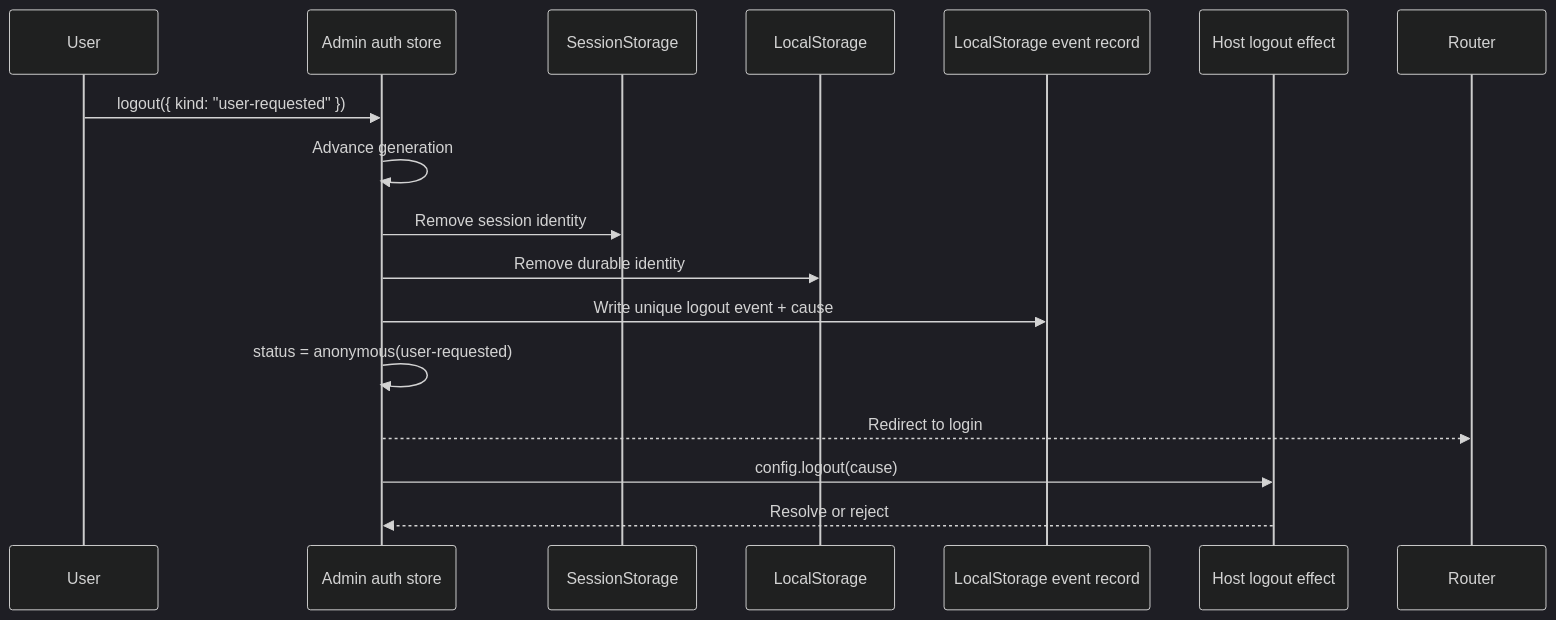
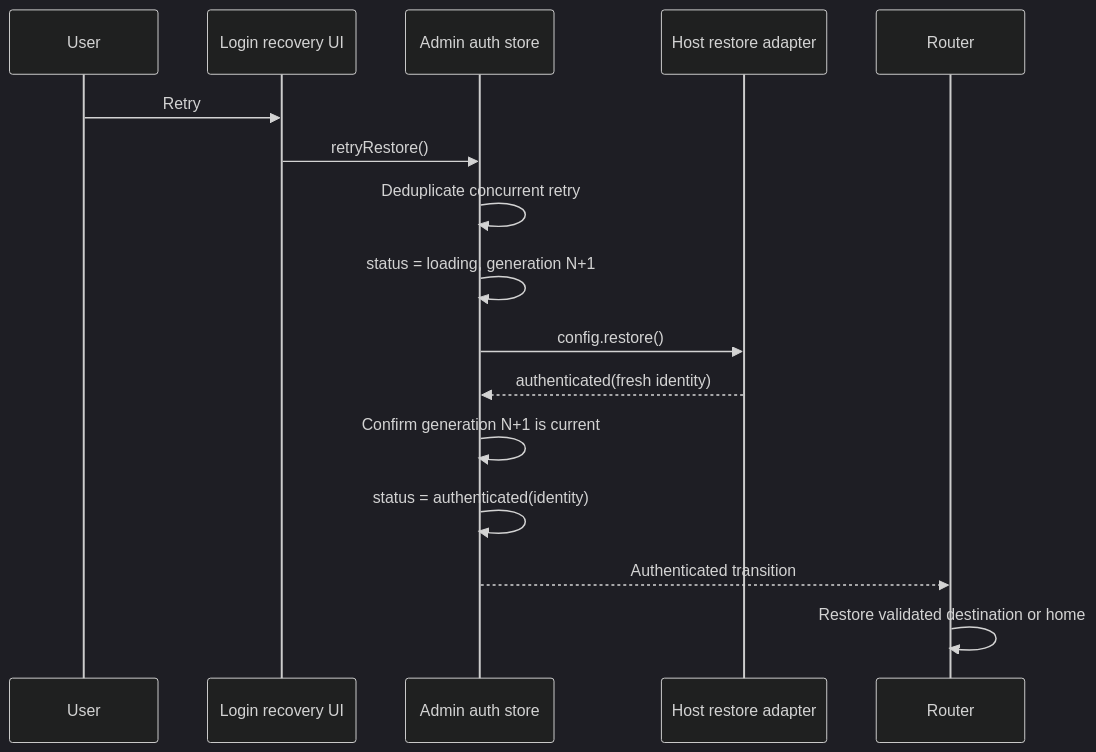
One commit to hechang27-sprt/noob-components-v2 changed the tenth of 19 diagrams in docs/admin-auth-restoration-data-flows.md. Above: the diagram before and after it, drawn with Mermaid (dark theme). The commit also changed other lines of this file and 15 other files, not shown here.

````diff
--- a/docs/admin-auth-restoration-data-flows.md
+++ b/docs/admin-auth-restoration-data-flows.md
@@ -229,20 +270,19 @@
 ```mermaid
 sequenceDiagram
     participant User
+    participant Login as Login recovery UI
     participant Auth as Admin auth store
-    participant SS as SessionStorage
-    participant LS as LocalStorage
-    participant Event as LocalStorage event record
-    participant Host as Host logout effect
+    participant Host as Host restore adapter
     participant Router
 
-    User->>Auth: logout({ kind: "user-requested" })
-    Auth->>Auth: Advance generation
-    Auth->>SS: Remove session identity
-    Auth->>LS: Remove durable identity
-    Auth->>Event: Write unique logout event + cause
-    Auth->>Auth: status = anonymous(user-requested)
-    Auth-->>Router: Redirect to login
-    Auth->>Host: config.logout(cause)
-    Host-->>Auth: Resolve or reject
+    User->>Login: Retry
+    Login->>Auth: retryRestore()
+    Auth->>Auth: Deduplicate concurrent retry
+    Auth->>Auth: status = loading, generation N+1
+    Auth->>Host: config.restore()
+    Host-->>Auth: authenticated(fresh identity)
+    Auth->>Auth: Confirm generation N+1 is current
+    Auth->>Auth: status = authenticated(identity)
+    Auth-->>Router: Authenticated transition
+    Router->>Router: Restore validated destination or home
 ```
````
